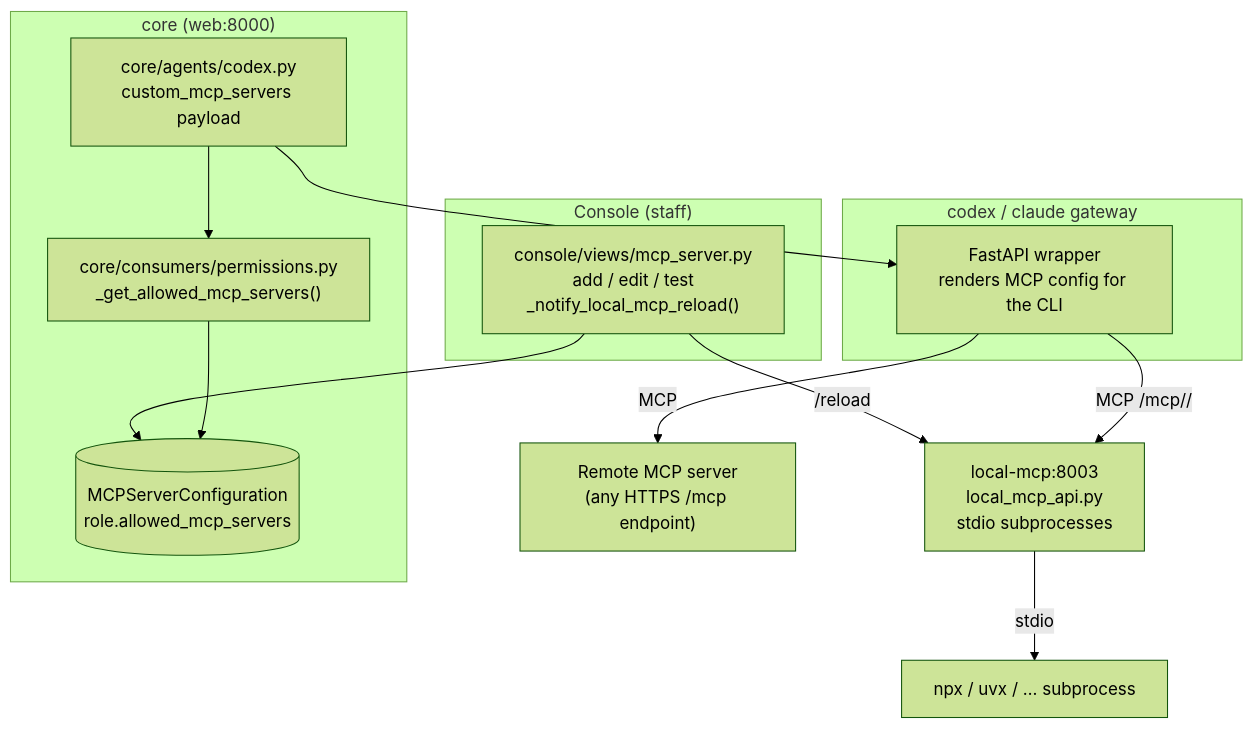
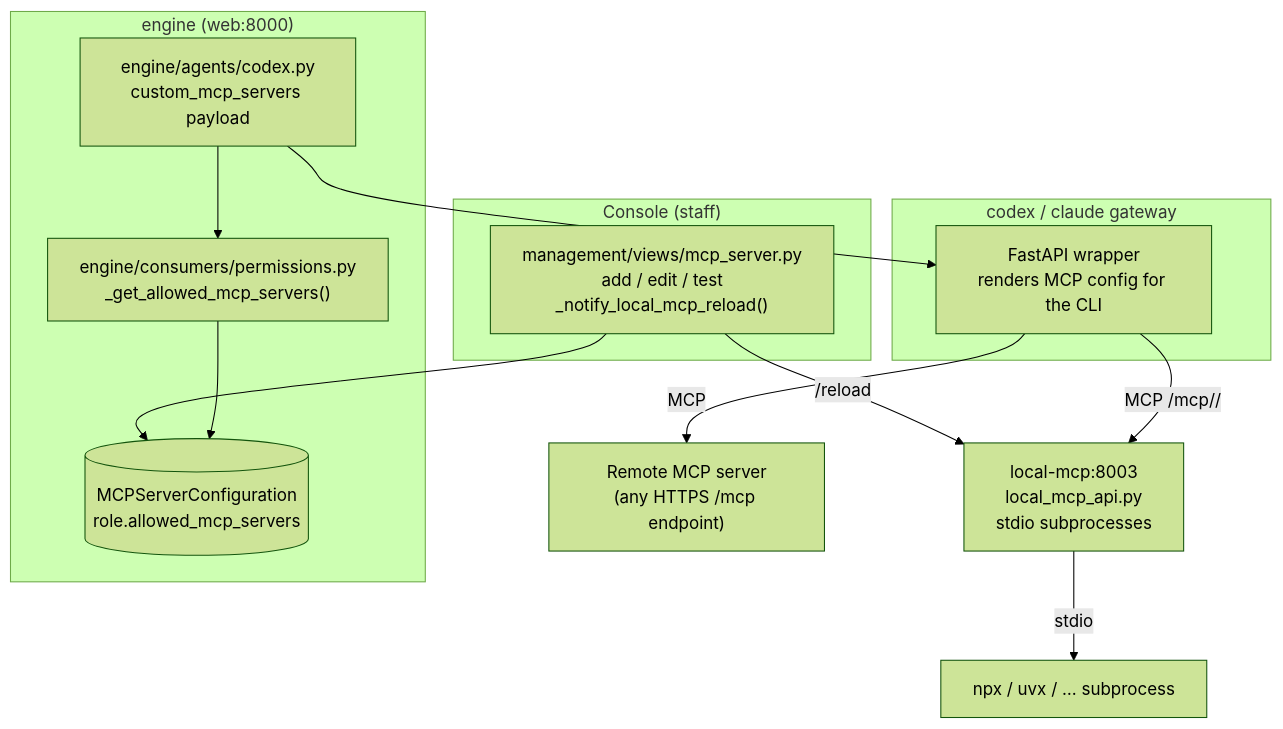
One commit to mpospirit-apps/TetherDust changed the diagram in documentations/TetherDust Documentation/2. Features/6. Custom MCPs.md. Above: the diagram before and after it, drawn with Mermaid (forest theme). The commit also changed other lines of this file and 341 other files, not shown here.

Commit message:
chore: rename Django apps (core -> engine, portal -> workspace, console -> management)

````diff
--- a/documentations/TetherDust Documentation/2. Features/6. Custom MCPs.md
+++ b/documentations/TetherDust Documentation/2. Features/6. Custom MCPs.md
@@ -31,28 +31,28 @@
 ```mermaid
 flowchart TD
-    subgraph console["Console (staff)"]
-        Form["console/views/mcp_server.py\nadd / edit / test\n_notify_local_mcp_reload()"]
+    subgraph management["Console (staff)"]
+        Form["management/views/mcp_server.py\nadd / edit / test\n_notify_local_mcp_reload()"]
     end
 
-    subgraph core["core (web:8000)"]
+    subgraph engine["engine (web:8000)"]
         DB[("MCPServerConfiguration\nrole.allowed_mcp_servers")]
-        Perms["core/consumers/permissions.py\n_get_allowed_mcp_servers()"]
-        Agent["core/agents/codex.py\ncustom_mcp_servers payload"]
+        Perms["engine/consumers/permissions.py\n_get_allowed_mcp_servers()"]
+        Agent["engine/agents/codex.py\ncustom_mcp_servers payload"]
     end
 
     subgraph gw["codex / claude gateway"]
         Gateway["FastAPI wrapper\nrenders MCP config for the CLI"]
     end
 
     Remote["Remote MCP server\n(any HTTPS /mcp endpoint)"]
     LocalMCP["local-mcp:8003\nlocal_mcp_api.py\nstdio subprocesses"]
 
     Form --> DB
     Form -->|/reload| LocalMCP
     Perms --> DB
     Agent --> Perms
     Agent --> Gateway
     Gateway -->|MCP| Remote
     Gateway -->|MCP /mcp/<id>/| LocalMCP
     LocalMCP -->|stdio| Subproc["npx / uvx / … subprocess"]
 ```
````
